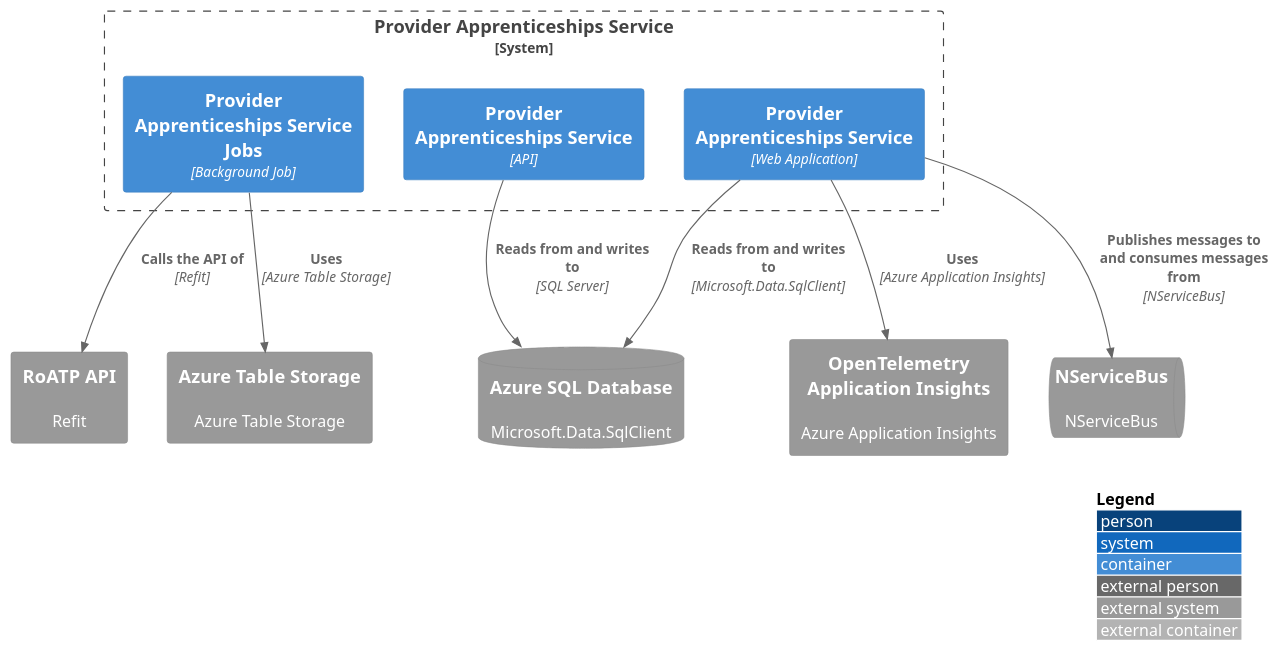
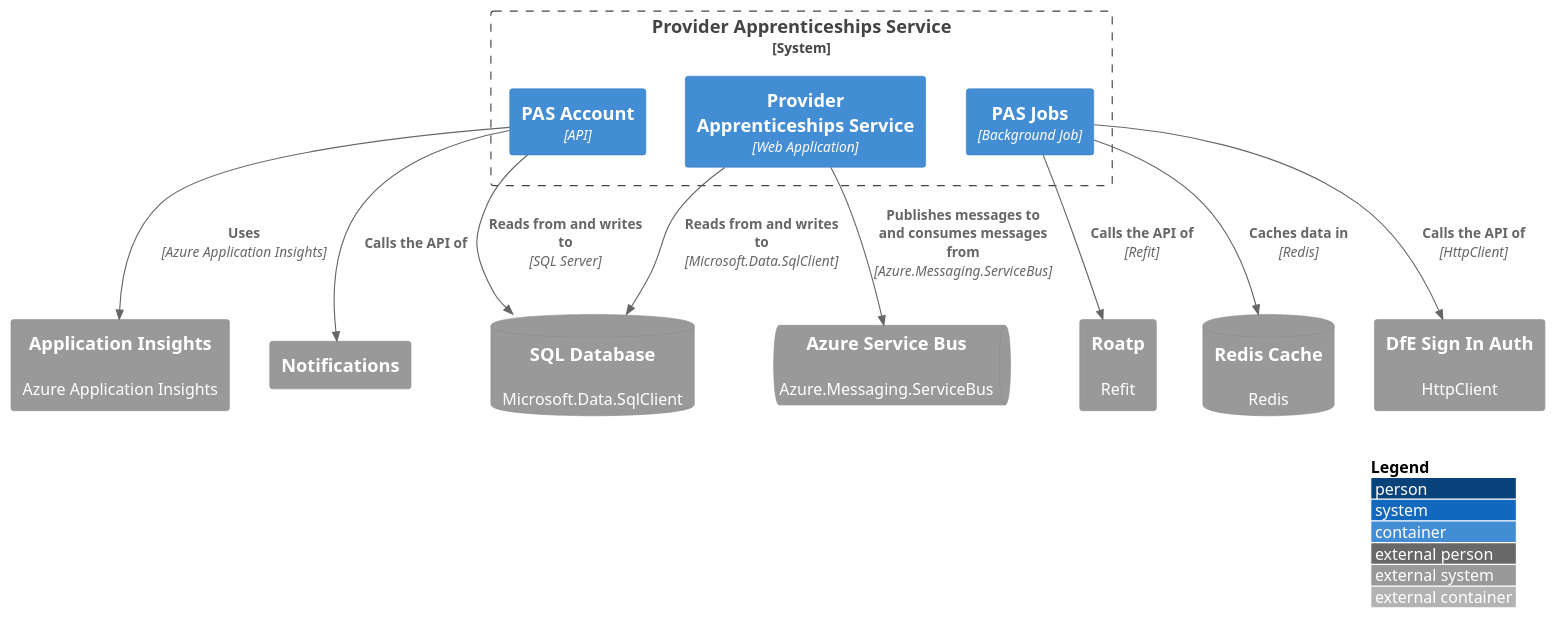
One commit to talentconsulting/service-catalogue-data changed the diagram in das-providerapprenticeshipsservice/service-dependencies/service-dependencies.puml. Above: the diagram before and after it, drawn with PlantUML. The commit also changed 22 other files, not shown here.

```diff
--- a/das-providerapprenticeshipsservice/service-dependencies/service-dependencies.puml
+++ b/das-providerapprenticeshipsservice/service-dependencies/service-dependencies.puml
@@ -1,24 +1,28 @@
 @startuml
 !include https://raw.githubusercontent.com/plantuml-stdlib/C4-PlantUML/master/C4_Container.puml
 LAYOUT_WITH_LEGEND()
 
 System_Boundary(sys_SkillsFundingAgency_das_providerapprenticeshipsservice, "Provider Apprenticeships Service") {
-  Container(c_provider_apprenticeships_service_api, "Provider Apprenticeships Service", "API")
-  Container(c_provider_apprenticeships_service_jobs, "Provider Apprenticeships Service Jobs", "Background Job")
+  Container(c_pas_account_api, "PAS Account", "API")
+  Container(c_pas_jobs, "PAS Jobs", "Background Job")
   Container(c_provider_apprenticeships_service_web, "Provider Apprenticeships Service", "Web Application")
 }
 
-System_Ext(d_cloud_service_azure_table_storage, "Azure Table Storage", "Azure Table Storage")
-System_Ext(d_cloud_service_opentelemetry_application_insights, "OpenTelemetry Application Insights", "Azure Application Insights")
-SystemDb_Ext(d_database_azure_sql_database, "Azure SQL Database", "Microsoft.Data.SqlClient")
-System_Ext(d_http_api_roatp_api, "RoATP API", "Refit")
-SystemQueue_Ext(d_message_broker_nservicebus, "NServiceBus", "NServiceBus")
+SystemDb_Ext(d_cache_redis_cache, "Redis Cache", "Redis")
+System_Ext(d_cloud_service_application_insights, "Application Insights", "Azure Application Insights")
+SystemDb_Ext(d_database_sql_database, "SQL Database", "Microsoft.Data.SqlClient")
+System_Ext(d_http_api_dfe_sign_in_auth, "DfE Sign In Auth", "HttpClient")
+System_Ext(d_http_api_notifications, "Notifications")
+System_Ext(d_http_api_roatp, "Roatp", "Refit")
+SystemQueue_Ext(d_message_broker_azure_service_bus, "Azure Service Bus", "Azure.Messaging.ServiceBus")
 
-Rel(c_provider_apprenticeships_service_jobs, d_cloud_service_azure_table_storage, "Uses", "Azure Table Storage")
-Rel(c_provider_apprenticeships_service_web, d_cloud_service_opentelemetry_application_insights, "Uses", "Azure Application Insights")
-Rel(c_provider_apprenticeships_service_web, d_database_azure_sql_database, "Reads from and writes to", "Microsoft.Data.SqlClient")
-Rel(c_provider_apprenticeships_service_api, d_database_azure_sql_database, "Reads from and writes to", "SQL Server")
-Rel(c_provider_apprenticeships_service_jobs, d_http_api_roatp_api, "Calls the API of", "Refit")
-Rel(c_provider_apprenticeships_service_web, d_message_broker_nservicebus, "Publishes messages to and consumes messages from", "NServiceBus")
+Rel(c_pas_jobs, d_cache_redis_cache, "Caches data in", "Redis")
+Rel(c_pas_account_api, d_cloud_service_application_insights, "Uses", "Azure Application Insights")
+Rel(c_provider_apprenticeships_service_web, d_database_sql_database, "Reads from and writes to", "Microsoft.Data.SqlClient")
+Rel(c_pas_account_api, d_database_sql_database, "Reads from and writes to", "SQL Server")
+Rel(c_pas_jobs, d_http_api_dfe_sign_in_auth, "Calls the API of", "HttpClient")
+Rel(c_pas_account_api, d_http_api_notifications, "Calls the API of")
+Rel(c_pas_jobs, d_http_api_roatp, "Calls the API of", "Refit")
+Rel(c_provider_apprenticeships_service_web, d_message_broker_azure_service_bus, "Publishes messages to and consumes messages from", "Azure.Messaging.ServiceBus")
 
 @enduml
```
